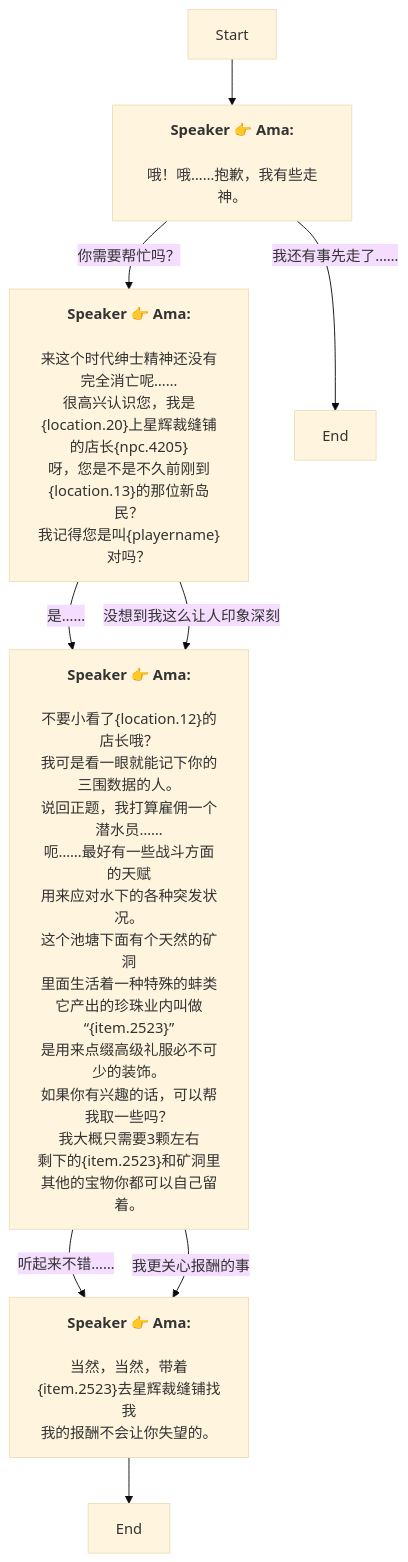
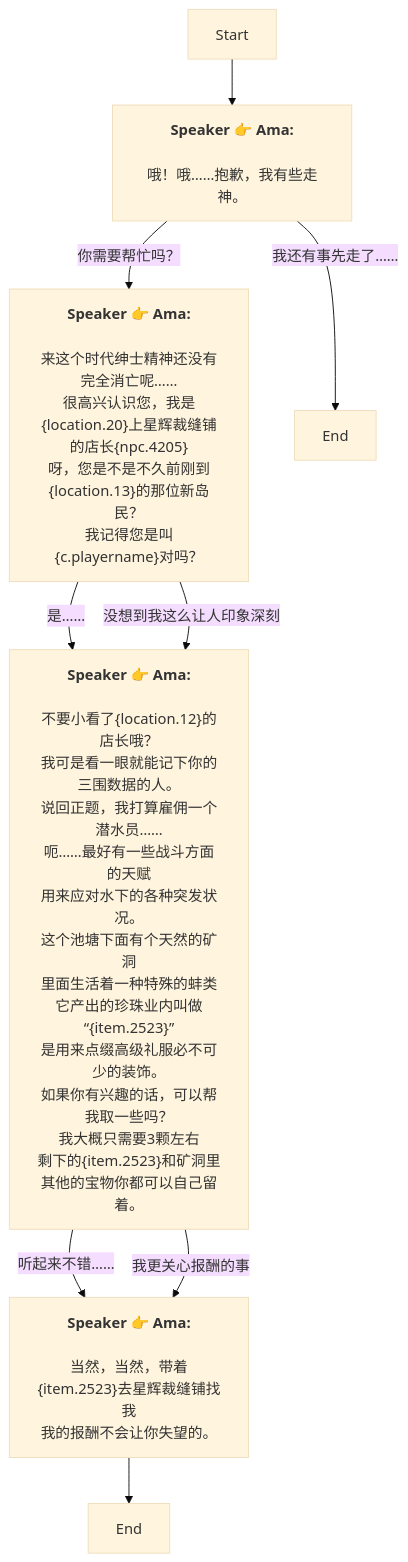
Before and after one commit to SoftHu/tos_avg: the diagram in Zh/Dialog_55200027322565.md, drawn with Mermaid (base theme). The commit also changed 410 other files, not shown here.

````diff
--- a/Zh/Dialog_55200027322565.md
+++ b/Zh/Dialog_55200027322565.md
@@ -1,36 +1,36 @@
 ```mermaid
 graph
 Start -->1766400910248730[<b>Speaker 👉 Ama:</b>
 \n哦！哦……抱歉，我有些走神。]
 1766400910248730 -->|你需要帮忙吗？|1766400910250782[<b>Speaker 👉 Ama:</b>
 \n来这个时代绅士精神还没有完全消亡呢……
 很高兴认识您，我是&lbrace;location.20&rbrace;上星辉裁缝铺的店长&lbrace;npc.4205&rbrace;\n呀，您是不是不久前刚到&lbrace;location.13&rbrace;的那位新岛民？
-我记得您是叫&lbrace;playername&rbrace;对吗？]
+我记得您是叫&lbrace;c.playername&rbrace;对吗？]
 1766400910248730 -->|我还有事先走了……|1766400910257960[End]
 1766400910250782 -->|是……|1766400910254882[<b>Speaker 👉 Ama:</b>
 \n不要小看了&lbrace;location.12&rbrace;的店长哦？
 我可是看一眼就能记下你的三围数据的人。\n说回正题，我打算雇佣一个潜水员……
 呃……最好有一些战斗方面的天赋
 用来应对水下的各种突发状况。\n这个池塘下面有个天然的矿洞
 里面生活着一种特殊的蚌类\n它产出的珍珠业内叫做“&lbrace;item.2523&rbrace;”
 是用来点缀高级礼服必不可少的装饰。\n如果你有兴趣的话，可以帮我取一些吗？
 我大概只需要3颗左右
 剩下的&lbrace;item.2523&rbrace;和矿洞里其他的宝物你都可以自己留着。]
 1766400910250782 -->|没想到我这么让人印象深刻|1766400910254882[<b>Speaker 👉 Ama:</b>
 \n不要小看了&lbrace;location.12&rbrace;的店长哦？
 我可是看一眼就能记下你的三围数据的人。\n说回正题，我打算雇佣一个潜水员……
 呃……最好有一些战斗方面的天赋
 用来应对水下的各种突发状况。\n这个池塘下面有个天然的矿洞
 里面生活着一种特殊的蚌类\n它产出的珍珠业内叫做“&lbrace;item.2523&rbrace;”
 是用来点缀高级礼服必不可少的装饰。\n如果你有兴趣的话，可以帮我取一些吗？
 我大概只需要3颗左右
 剩下的&lbrace;item.2523&rbrace;和矿洞里其他的宝物你都可以自己留着。]
 1766400910254882 -->|听起来不错……|1766400910256934[<b>Speaker 👉 Ama:</b>
 \n当然，当然，带着&lbrace;item.2523&rbrace;去星辉裁缝铺找我
 我的报酬不会让你失望的。]
 1766400910254882 -->|我更关心报酬的事|1766400910256934[<b>Speaker 👉 Ama:</b>
 \n当然，当然，带着&lbrace;item.2523&rbrace;去星辉裁缝铺找我
 我的报酬不会让你失望的。]
 1766400910256934 -->1766400910256935[End]
 
 ```
````
